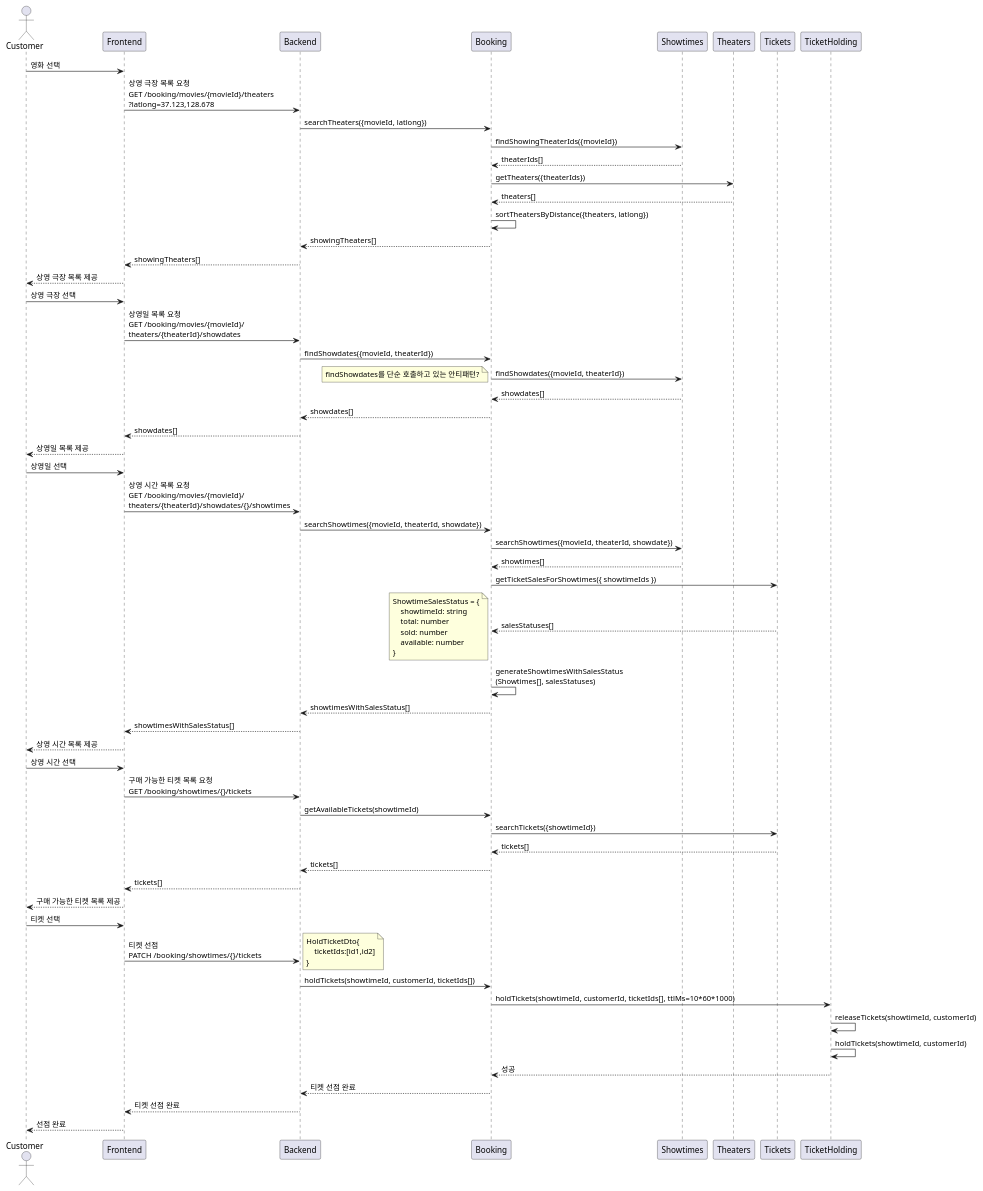
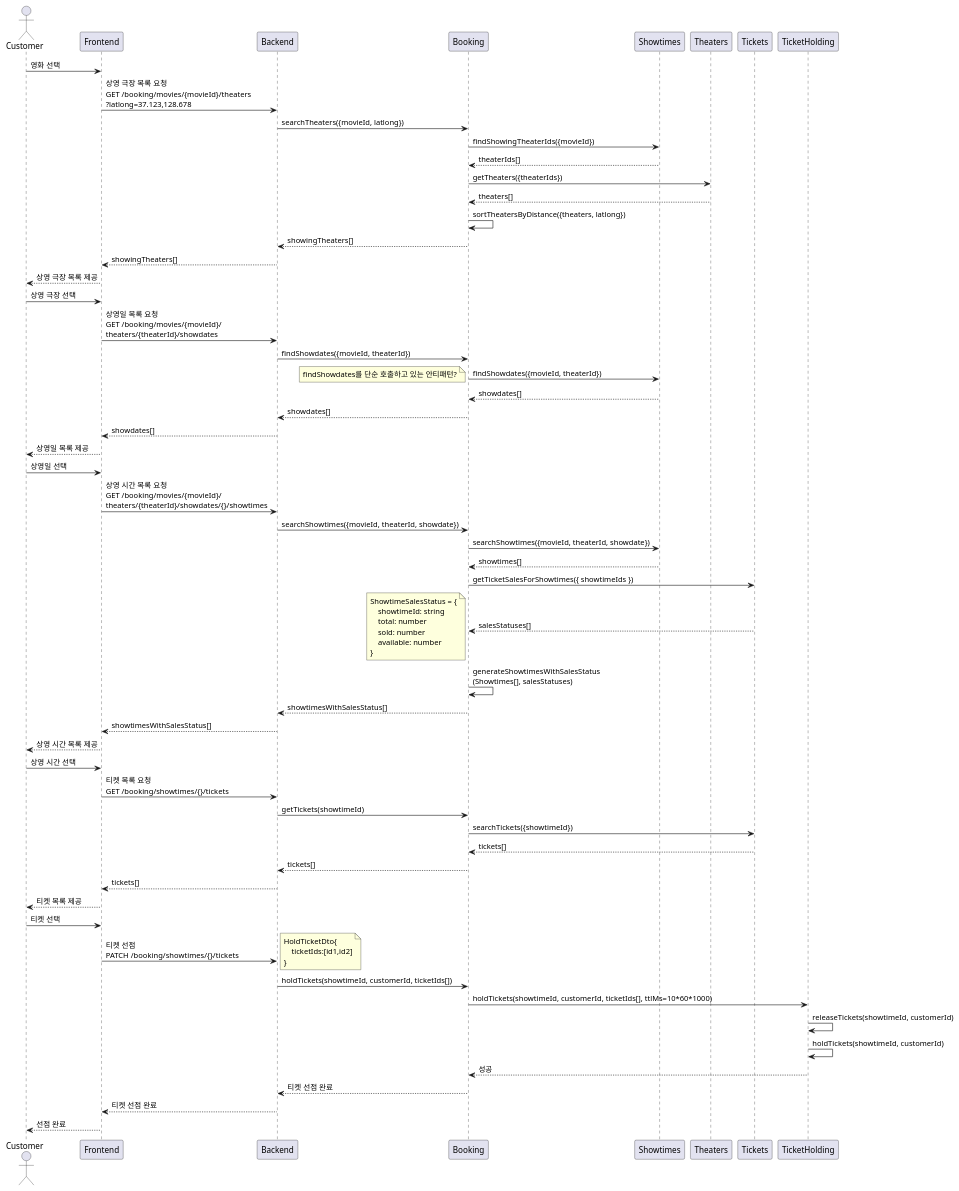
The second of 4 diagrams in docs/ko/designs/tickets-purchase.md (songminkyu/nest-msa), drawn with PlantUML before and after one commit. The commit also changed 12 other files, not shown here.

Commit message:
refactor: rename getAvailableTickets to getTickets for clarity; update related DTOs and service methods

````diff
--- a/docs/ko/designs/tickets-purchase.md
+++ b/docs/ko/designs/tickets-purchase.md
@@ -106,74 +106,74 @@
 ```plantuml
 @startuml
 actor Customer
 
 Customer -> Frontend: 영화 선택
     Frontend -> Backend: 상영 극장 목록 요청\nGET /booking/movies/{movieId}/theaters\n?latlong=37.123,128.678
         Backend -> Booking: searchTheaters({movieId, latlong})
             Booking -> Showtimes: findShowingTheaterIds({movieId})
             Booking <-- Showtimes: theaterIds[]
             Booking -> Theaters: getTheaters({theaterIds})
             Booking <-- Theaters: theaters[]
             Booking -> Booking: sortTheatersByDistance({theaters, latlong})
         Backend <-- Booking: showingTheaters[]
     Frontend <-- Backend: showingTheaters[]
 Customer <-- Frontend: 상영 극장 목록 제공
 
 Customer -> Frontend: 상영 극장 선택
     Frontend -> Backend: 상영일 목록 요청\nGET /booking/movies/{movieId}/\ntheaters/{theaterId}/showdates
         Backend -> Booking: findShowdates({movieId, theaterId})
             Booking -> Showtimes: findShowdates({movieId, theaterId})
                 note left
                 findShowdates를 단순 호출하고 있는 안티패턴?
                 end note
             Booking <-- Showtimes: showdates[]
         Backend <-- Booking: showdates[]
     Frontend <-- Backend: showdates[]
 Customer <-- Frontend: 상영일 목록 제공
 
 Customer -> Frontend: 상영일 선택
     Frontend -> Backend: 상영 시간 목록 요청\nGET /booking/movies/{movieId}/\ntheaters/{theaterId}/showdates/{}/showtimes
         Backend -> Booking: searchShowtimes({movieId, theaterId, showdate})
             Booking -> Showtimes: searchShowtimes({movieId, theaterId, showdate})
             Booking <-- Showtimes: showtimes[]
             Booking -> Tickets: getTicketSalesForShowtimes({ showtimeIds })
             Booking <-- Tickets: salesStatuses[]
             note left
             ShowtimeSalesStatus = {
                 showtimeId: string
                 total: number
                 sold: number
                 available: number
             }
             end note
             Booking -> Booking: generateShowtimesWithSalesStatus\n(Showtimes[], salesStatuses)
         Backend <-- Booking: showtimesWithSalesStatus[]
     Frontend <-- Backend: showtimesWithSalesStatus[]
 Customer <-- Frontend: 상영 시간 목록 제공
 
 Customer -> Frontend: 상영 시간 선택
-    Frontend -> Backend: 구매 가능한 티켓 목록 요청\nGET /booking/showtimes/{}/tickets
-        Backend -> Booking: getAvailableTickets(showtimeId)
+    Frontend -> Backend: 티켓 목록 요청\nGET /booking/showtimes/{}/tickets
+        Backend -> Booking: getTickets(showtimeId)
             Booking -> Tickets: searchTickets({showtimeId})
             Booking <-- Tickets: tickets[]
         Backend <-- Booking: tickets[]
     Frontend <-- Backend: tickets[]
-Customer <-- Frontend: 구매 가능한 티켓 목록 제공
+Customer <-- Frontend: 티켓 목록 제공
 
 Customer -> Frontend: 티켓 선택
     Frontend -> Backend: 티켓 선점\nPATCH /booking/showtimes/{}/tickets
         note right
             HoldTicketDto{
                 ticketIds:[id1,id2]
             }
         end note
         Backend -> Booking: holdTickets(showtimeId, customerId, ticketIds[])
             Booking -> TicketHolding: holdTickets(showtimeId, customerId, ticketIds[], ttlMs=10*60*1000)
                 TicketHolding -> TicketHolding: releaseTickets(showtimeId, customerId)
                 TicketHolding -> TicketHolding: holdTickets(showtimeId, customerId)
             Booking <-- TicketHolding: 성공
         Backend <-- Booking: 티켓 선점 완료
     Frontend <-- Backend: 티켓 선점 완료
 Customer <-- Frontend: 선점 완료
 @enduml
 ```
````
